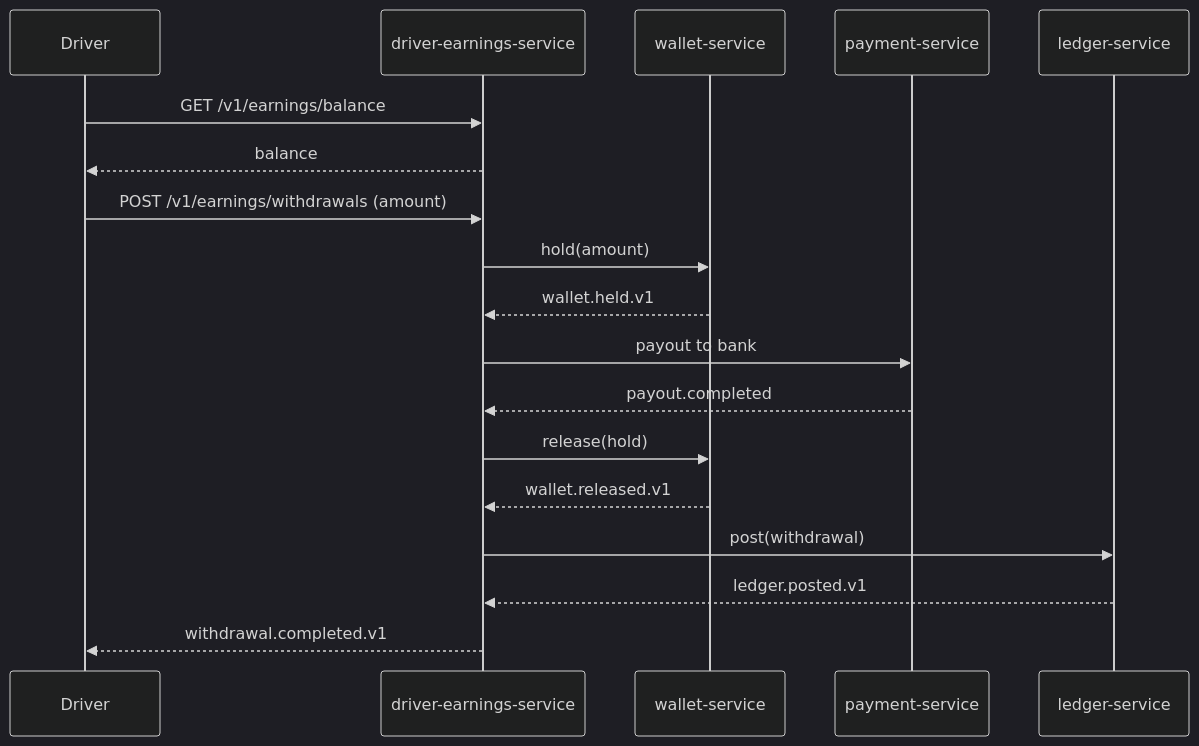
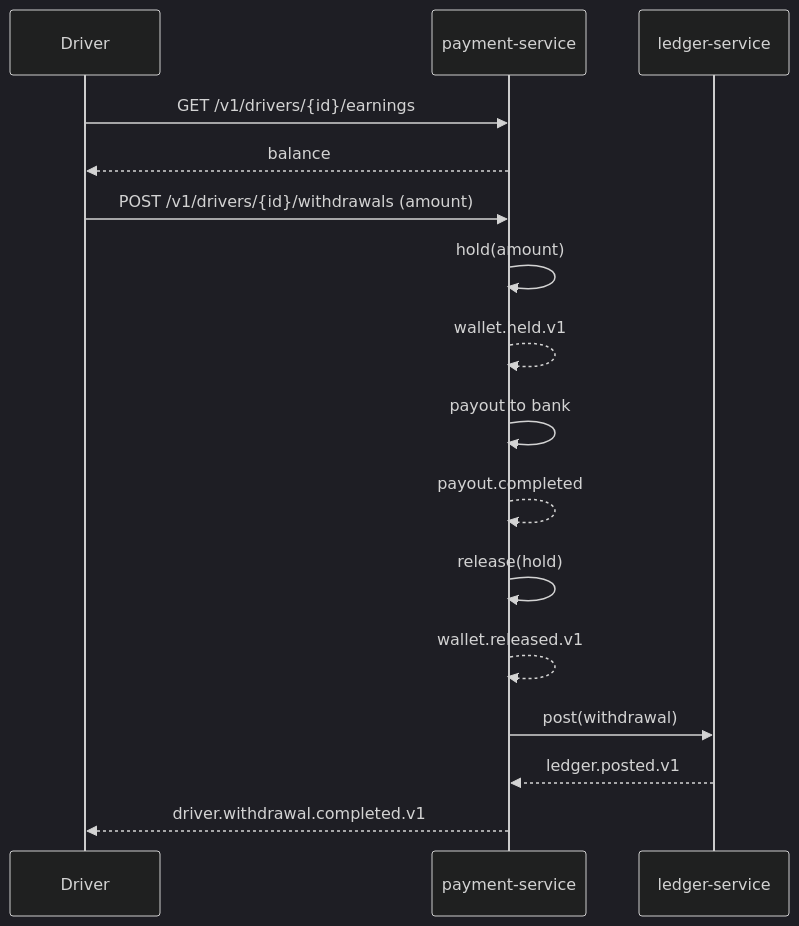
One commit to mohamedhabibwork/trips-enjoy-docs changed diagram 14 of 14 in docs/workflows/RIDE_WORKFLOWS.md. Above: the diagram before and after it, drawn with Mermaid (dark theme). The commit also changed other lines of this file and 525 other files, not shown here.

````diff
--- a/docs/workflows/RIDE_WORKFLOWS.md
+++ b/docs/workflows/RIDE_WORKFLOWS.md
@@ -343,21 +333,19 @@
 ```mermaid
 sequenceDiagram
     participant DR as Driver
-    participant DE as driver-earnings-service
-    participant WLT as wallet-service
     participant PAY as payment-service
     participant LD as ledger-service
 
-    DR->>DE: GET /v1/earnings/balance
-    DE-->>DR: balance
-    DR->>DE: POST /v1/earnings/withdrawals (amount)
-    DE->>WLT: hold(amount)
-    WLT-->>DE: wallet.held.v1
-    DE->>PAY: payout to bank
-    PAY-->>DE: payout.completed
-    DE->>WLT: release(hold)
-    WLT-->>DE: wallet.released.v1
-    DE->>LD: post(withdrawal)
-    LD-->>DE: ledger.posted.v1
-    DE-->>DR: withdrawal.completed.v1
+    DR->>PAY: GET /v1/drivers/{id}/earnings
+    PAY-->>DR: balance
+    DR->>PAY: POST /v1/drivers/{id}/withdrawals (amount)
+    PAY->>PAY: hold(amount)
+    PAY-->>PAY: wallet.held.v1
+    PAY->>PAY: payout to bank
+    PAY-->>PAY: payout.completed
+    PAY->>PAY: release(hold)
+    PAY-->>PAY: wallet.released.v1
+    PAY->>LD: post(withdrawal)
+    LD-->>PAY: ledger.posted.v1
+    PAY-->>DR: driver.withdrawal.completed.v1
 ```
````
